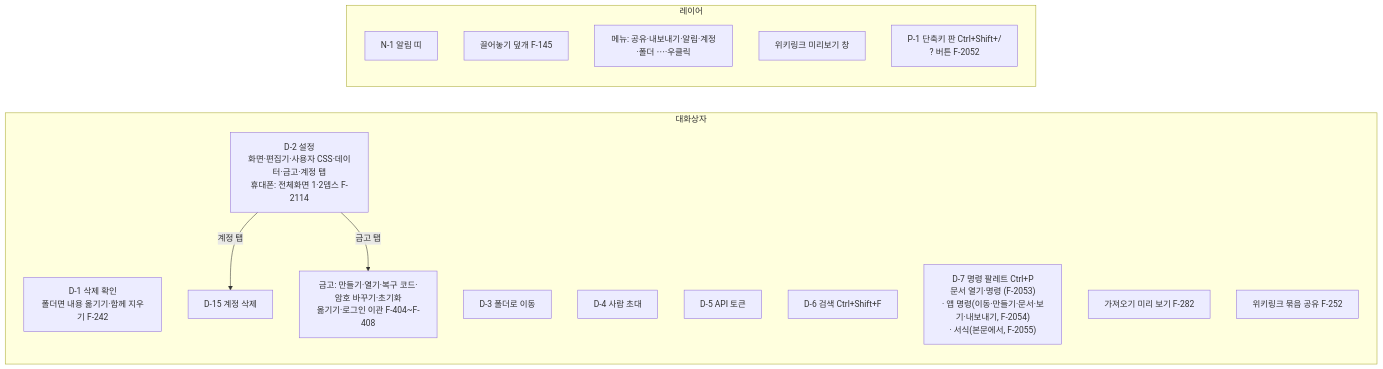
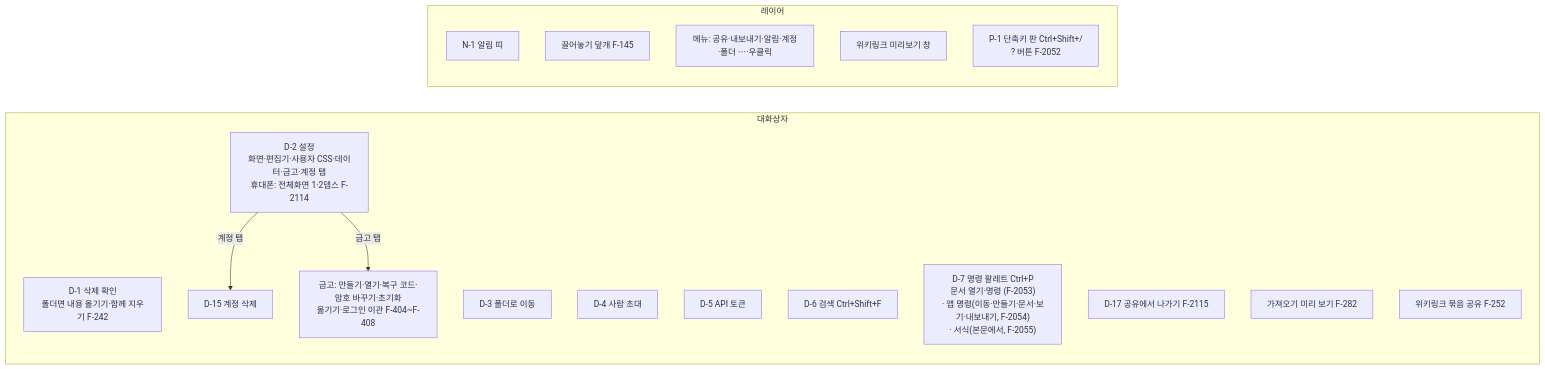
One commit to R00neyj/rawdoc changed the fourth of 5 diagrams in specs/map.md. Above: the diagram before and after it, drawn with Mermaid. The commit also changed other lines of this file and 16 other files, not shown here.

````diff
--- a/specs/map.md
+++ b/specs/map.md
@@ -112,25 +112,26 @@
 ```mermaid
 flowchart LR
   subgraph dlg["대화상자"]
     D1["D-1 삭제 확인<br/>폴더면 내용 옮기기·함께 지우기 F-242"]
     D2["D-2 설정<br/>화면·편집기·사용자 CSS·데이터·금고·계정 탭<br/>휴대폰: 전체화면 1·2뎁스 F-2114"]
     D3["D-3 폴더로 이동"]
     D4["D-4 사람 초대"]
     D5["D-5 API 토큰"]
     D6["D-6 검색 Ctrl+Shift+F"]
     D7["D-7 명령 팔레트 Ctrl+P<br/>문서 열기·명령 (F-2053)<br/>· 앱 명령(이동·만들기·문서·보기·내보내기, F-2054)<br/>· 서식(본문에서, F-2055)"]
     D15["D-15 계정 삭제"]
+    D17["D-17 공유에서 나가기 F-2115"]
     imp["가져오기 미리 보기 F-282"]
     set["위키링크 묶음 공유 F-252"]
     vault["금고: 만들기·열기·복구 코드·암호 바꾸기·초기화<br/>옮기기·로그인 이관 F-404~F-408"]
   end
   subgraph layer["레이어"]
     N1["N-1 알림 띠"]
     drop["끌어놓기 덮개 F-145"]
     menus["메뉴: 공유·내보내기·알림·계정·폴더 ⋯·우클릭"]
     preview["위키링크 미리보기 창"]
     P1["P-1 단축키 판 Ctrl+Shift+/<br/>? 버튼 F-2052"]
   end
   D2 -- "계정 탭" --> D15
   D2 -- "금고 탭" --> vault
 ```
````
